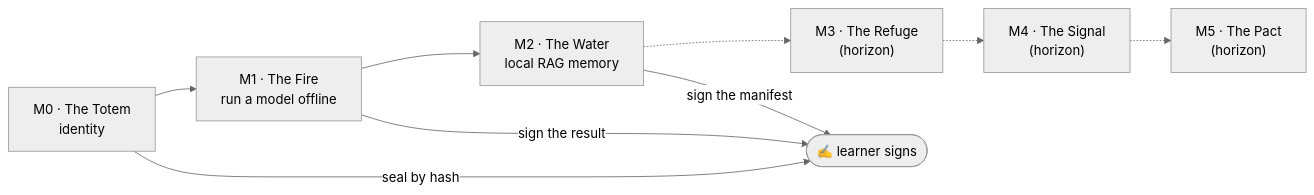
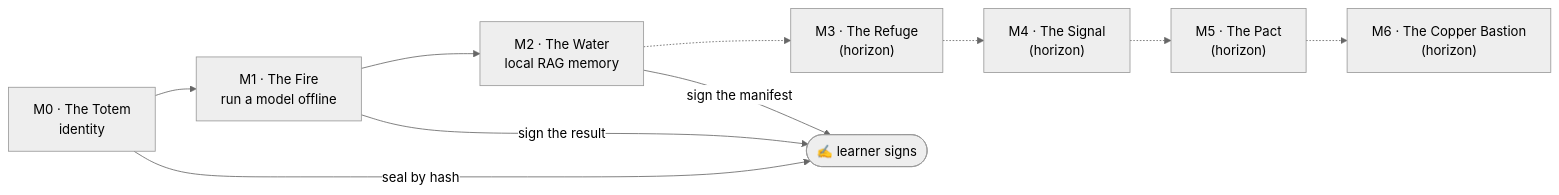
Before and after one commit to piskyRpapalo/aurelius: the diagram in README.md, drawn with Mermaid (neutral theme). The commit also changed other lines of this file and 5 other files, not shown here.

````diff
--- a/README.md
+++ b/README.md
@@ -122,11 +122,12 @@
 ```mermaid
 flowchart LR
   M0["M0 · The Totem<br/>identity"] --> M1["M1 · The Fire<br/>run a model offline"]
   M1 --> M2["M2 · The Water<br/>local RAG memory"]
   M2 -.-> M3["M3 · The Refuge<br/>(horizon)"]
   M3 -.-> M4["M4 · The Signal<br/>(horizon)"]
   M4 -.-> M5["M5 · The Pact<br/>(horizon)"]
+  M5 -.-> M6["M6 · The Copper Bastion<br/>(horizon)"]
   M0 -->|seal by hash| SIG(["✍ learner signs"])
   M1 -->|sign the result| SIG
   M2 -->|sign the manifest| SIG
 ```
````
